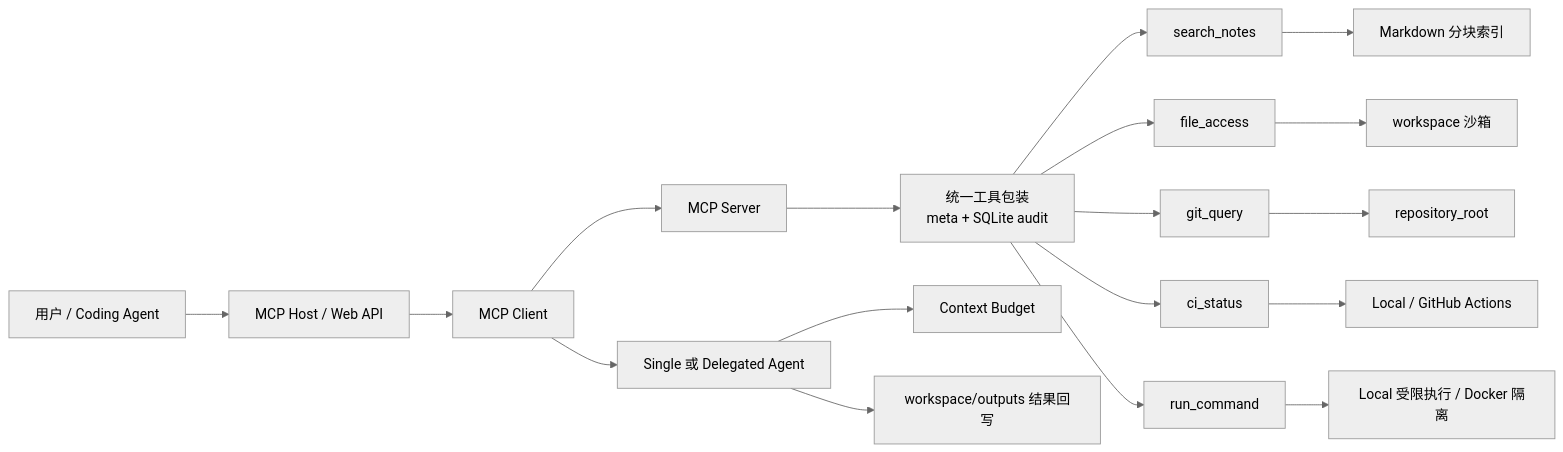
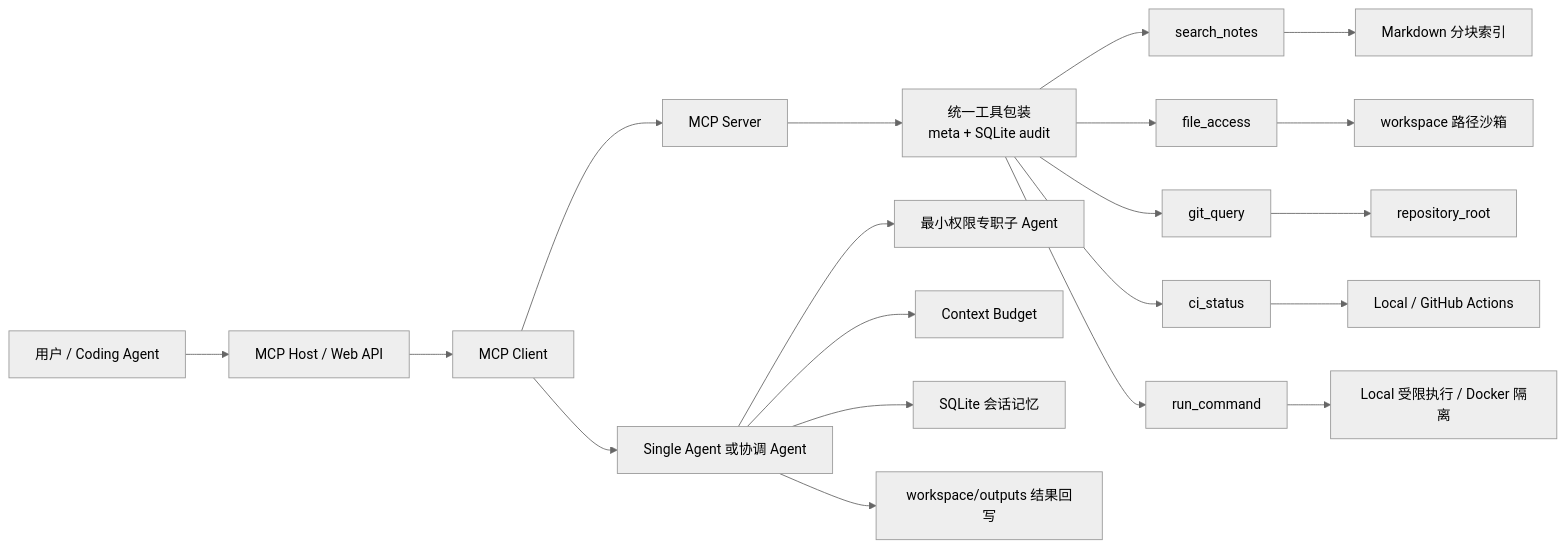
Before and after one commit to xklxkl2055310174-lab/personal-knowledge-mcp: the diagram in README.md, drawn with Mermaid (neutral theme). The commit also changed other lines of this file and 55 other files, not shown here.

````diff
--- a/README.md
+++ b/README.md
@@ -20,20 +25,22 @@
 ```mermaid
 flowchart LR
     U[用户 / Coding Agent] --> H[MCP Host / Web API]
     H --> C[MCP Client]
     C --> S[MCP Server]
     S --> W[统一工具包装\nmeta + SQLite audit]
     W --> T1[search_notes]
     W --> T2[file_access]
     W --> T3[git_query]
     W --> T4[ci_status]
     W --> T5[run_command]
     T1 --> I[Markdown 分块索引]
-    T2 --> FS[workspace 沙箱]
+    T2 --> FS[workspace 路径沙箱]
     T3 --> G[repository_root]
     T4 --> CI[Local / GitHub Actions]
     T5 --> X[Local 受限执行 / Docker 隔离]
-    C --> A[Single 或 Delegated Agent]
+    C --> A[Single Agent 或协调 Agent]
+    A --> D[最小权限专职子 Agent]
     A --> B[Context Budget]
+    A --> M[SQLite 会话记忆]
     A --> O[workspace/outputs 结果回写]
 ```
````
